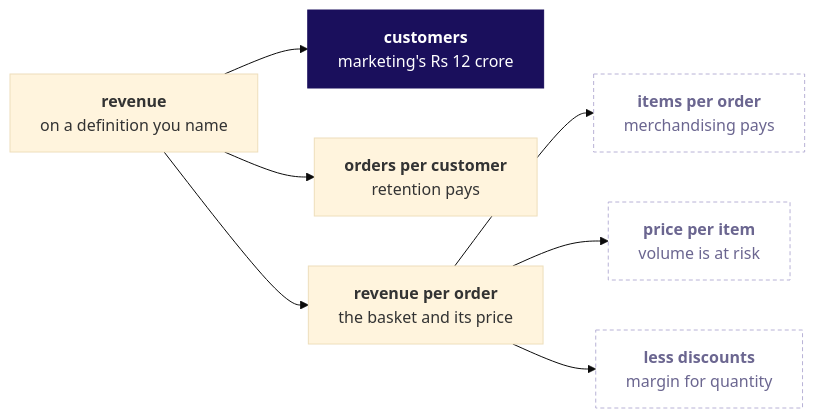
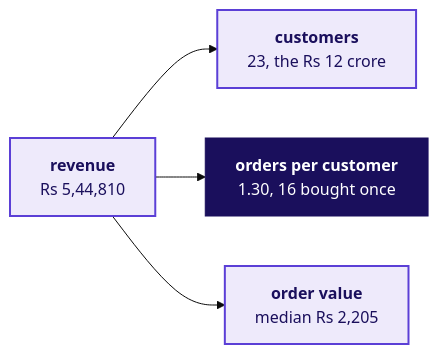
Before and after one commit to fde-academy-lab/c2-content-factory: the first of 10 diagrams in content/W01/D1/slides/C2_W01_D01_half2_STUDENT.md, drawn with Mermaid (base theme). The commit also changed other lines of this file and 10 other files, not shown here.

````diff
--- a/content/W01/D1/slides/C2_W01_D01_half2_STUDENT.md
+++ b/content/W01/D1/slides/C2_W01_D01_half2_STUDENT.md
@@ -34,13 +89,10 @@
 ```mermaid
 flowchart LR
-    R["<b>revenue</b><br/>on a definition you name"] --> C["<b>customers</b><br/>marketing's Rs 12 crore"]
-    R --> F["<b>orders per customer</b><br/>retention pays"]
-    R --> V["<b>revenue per order</b><br/>the basket and its price"]
-    V --> I["<b>items per order</b><br/>merchandising pays"]
-    V --> P["<b>price per item</b><br/>volume is at risk"]
-    V --> D["<b>less discounts</b><br/>margin for quantity"]
+    R["<b>revenue</b><br/>Rs 5,44,810"] --> C["<b>customers</b><br/>23, the Rs 12 crore"]
+    R --> F["<b>orders per customer</b><br/>1.30, 16 bought once"]
+    R --> A["<b>order value</b><br/>median Rs 2,205"]
+    classDef known fill:#EEEAFB,stroke:#5B3FD6,color:#1A0F5C,stroke-width:2px
     classDef bet fill:#1A0F5C,stroke:#1A0F5C,color:#FFFFFF
-    classDef unknown fill:#FFFFFF,stroke:#B8B2D6,color:#6B6690,stroke-dasharray:4 3
-    class C bet
-    class I,P,D unknown
+    class R,C,A known
+    class F bet
 ```
````
